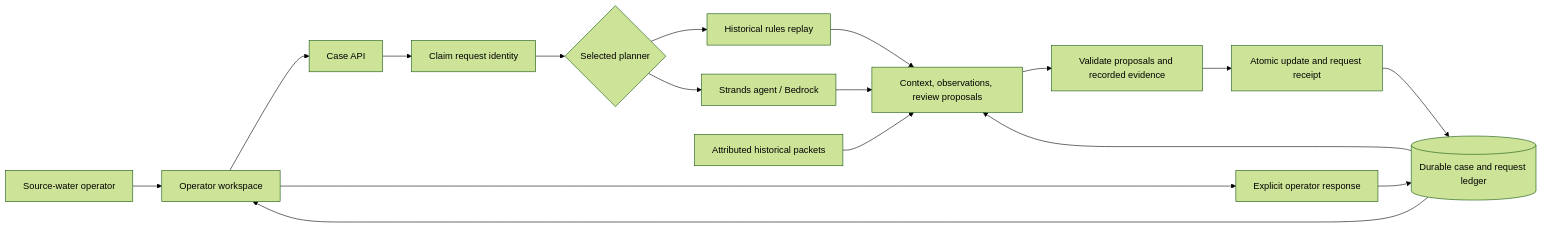
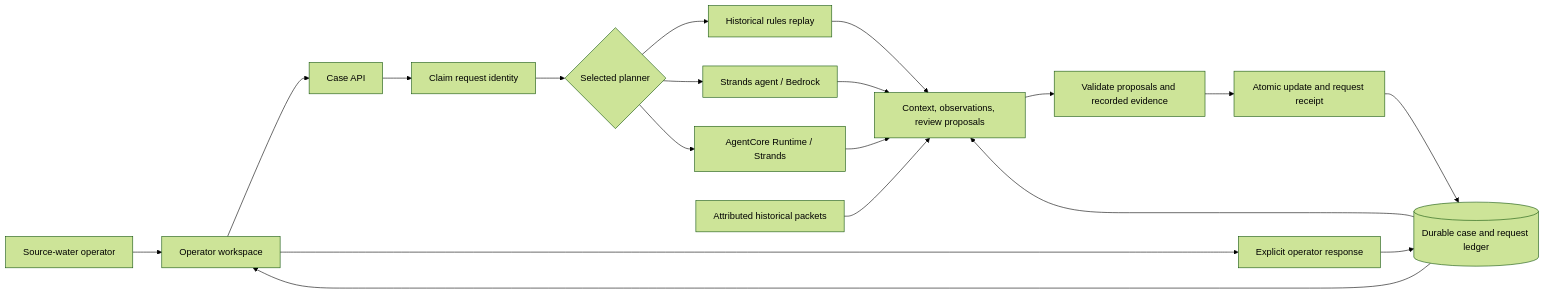
The diagram in docs/ARCHITECTURE.md (aistanbulresearch/watershed-memory), drawn with Mermaid (forest theme) before and after one commit. The commit also changed other lines of this file and 28 other files, not shown here.

Commit message:
feat: add bounded AgentCore execution and deployment

````diff
--- a/docs/ARCHITECTURE.md
+++ b/docs/ARCHITECTURE.md
@@ -5,19 +5,21 @@
 ```mermaid
 flowchart LR
     O[Source-water operator] --> UI[Operator workspace]
     UI --> API[Case API]
     API --> Claim[Claim request identity]
     Claim --> Planner{Selected planner}
     Planner --> Rules[Historical rules replay]
     Planner --> Strands[Strands agent / Bedrock]
+    Planner --> Runtime[AgentCore Runtime / Strands]
     Rules --> Tools[Context, observations, review proposals]
     Strands --> Tools
+    Runtime --> Tools
     Archive[Attributed historical packets] --> Tools
     DB[(Durable case and request ledger)] --> Tools
     Tools --> Validate[Validate proposals and recorded evidence]
     Validate --> Commit[Atomic update and request receipt]
     Commit --> DB
     DB --> UI
     UI --> Response[Explicit operator response]
     Response --> DB
 ```
````
